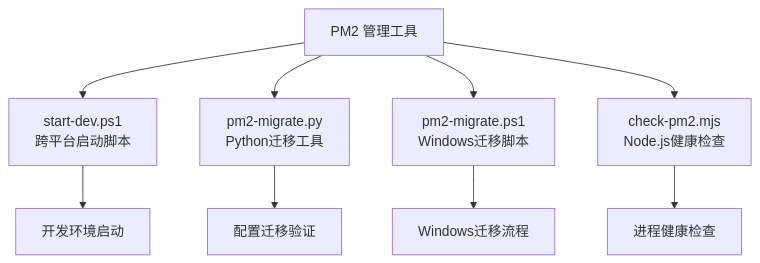
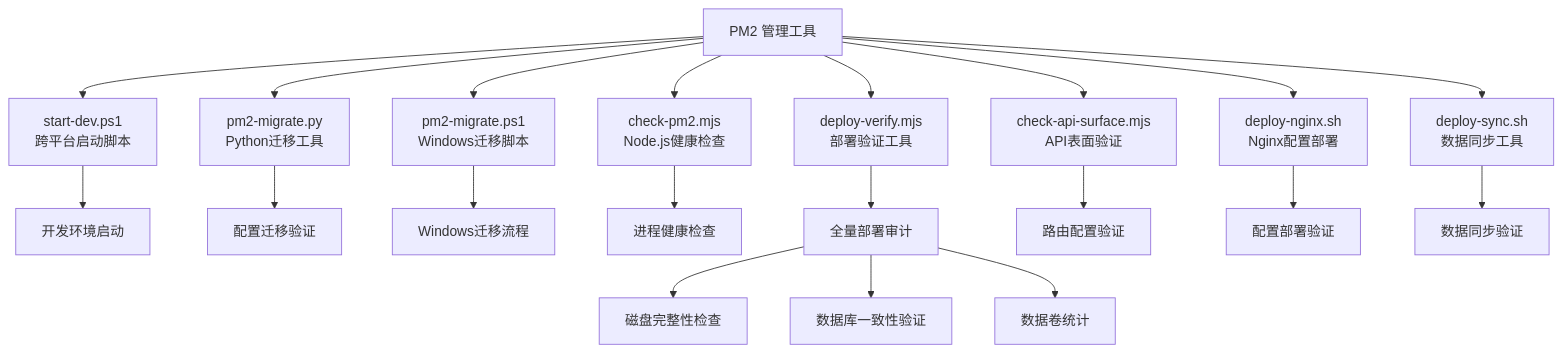
The sixth of 9 diagrams in .qoder/repowiki/zh/content/部署与配置.md (huangboheng/OpenMAIC), drawn with Mermaid before and after one commit. The commit also changed other lines of this file and 23 other files, not shown here.

````diff
--- a/.qoder/repowiki/zh/content/部署与配置.md
+++ b/.qoder/repowiki/zh/content/部署与配置.md
@@ -454,11 +580,22 @@
 ```mermaid
 flowchart TD
 Sub["PM2 管理工具"] --> StartDev["start-dev.ps1<br/>跨平台启动脚本"]
 Sub --> MigratePy["pm2-migrate.py<br/>Python迁移工具"]
 Sub --> MigratePS["pm2-migrate.ps1<br/>Windows迁移脚本"]
 Sub --> CheckPM2["check-pm2.mjs<br/>Node.js健康检查"]
+Sub --> DeployVerify["deploy-verify.mjs<br/>部署验证工具"]
+Sub --> ApiSurface["check-api-surface.mjs<br/>API表面验证"]
+Sub --> DeployNginx["deploy-nginx.sh<br/>Nginx配置部署"]
+Sub --> DeploySync["deploy-sync.sh<br/>数据同步工具"]
 StartDev --> DevEnv["开发环境启动"]
 MigratePy --> ConfigMigration["配置迁移验证"]
 MigratePS --> WinMigration["Windows迁移流程"]
 CheckPM2 --> HealthCheck["进程健康检查"]
+DeployVerify --> FullAudit["全量部署审计"]
+FullAudit --> DiskCheck["磁盘完整性检查"]
+FullAudit --> DBCheck["数据库一致性验证"]
+FullAudit --> DataStats["数据卷统计"]
+ApiSurface --> RouteValidation["路由配置验证"]
+DeployNginx --> ConfigDeployment["配置部署验证"]
+DeploySync --> DataSync["数据同步验证"]
 ```
````
